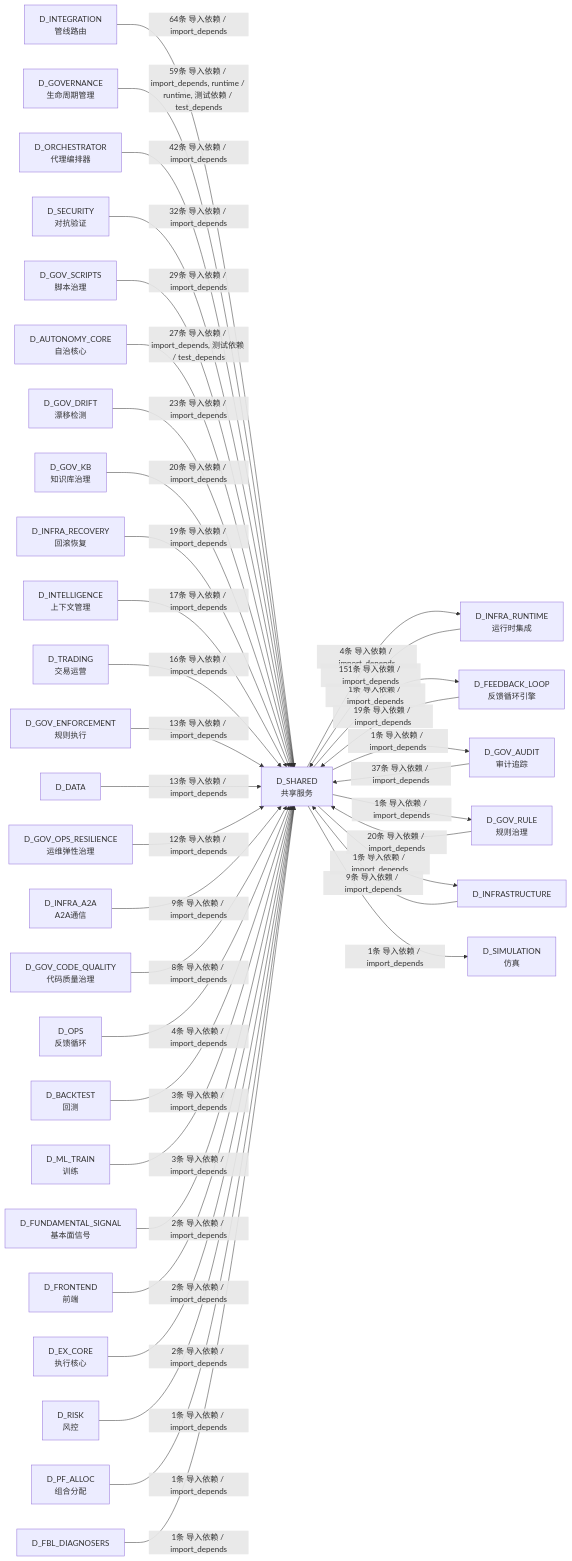
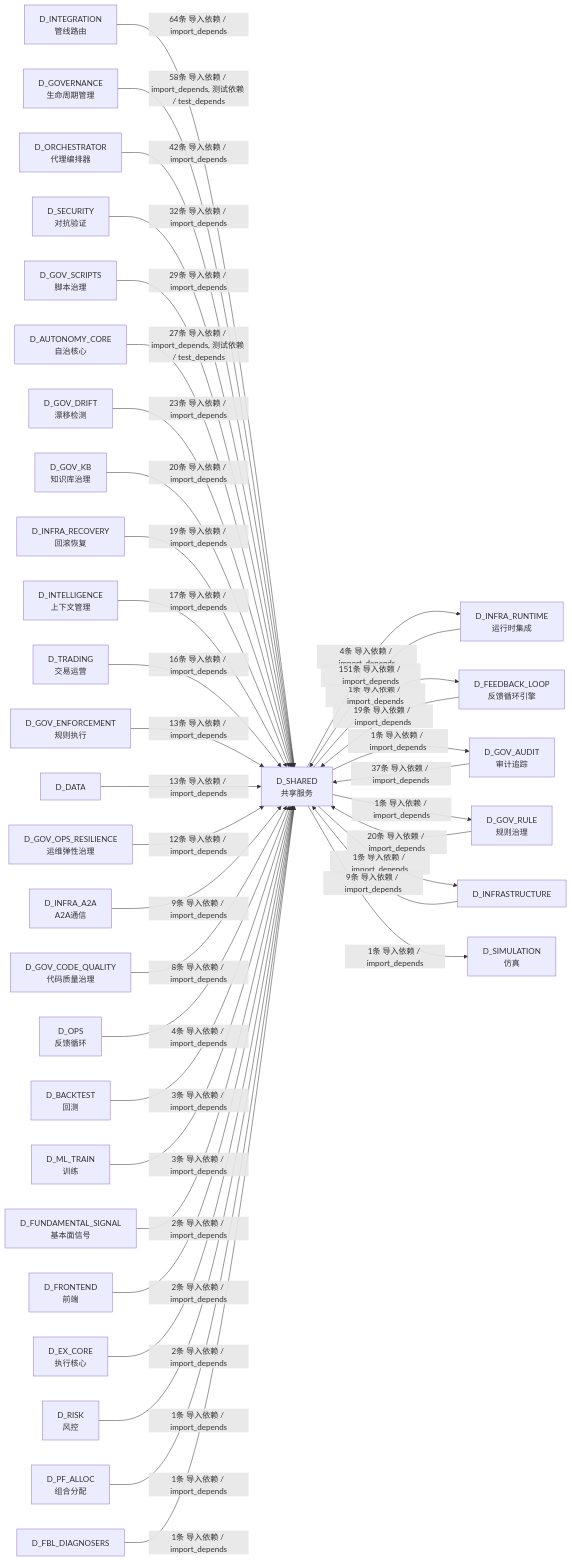
One commit to xuanFelixVan/ZephyrAlpha changed the tenth of 10 diagrams in docs/02_enterprise_architecture/02_domain_architecture_docs/26_d_shared.md. Above: the diagram before and after it, drawn with Mermaid. The commit also changed other lines of this file and 97 other files, not shown here.

````diff
--- a/docs/02_enterprise_architecture/02_domain_architecture_docs/26_d_shared.md
+++ b/docs/02_enterprise_architecture/02_domain_architecture_docs/26_d_shared.md
@@ -1750,71 +1751,71 @@
 ```mermaid
 graph LR
     D_SHARED["D_SHARED<br/>共享服务"]
     D_INFRA_RUNTIME["D_INFRA_RUNTIME<br/>运行时集成"]
     D_FEEDBACK_LOOP["D_FEEDBACK_LOOP<br/>反馈循环引擎"]
     D_GOV_AUDIT["D_GOV_AUDIT<br/>审计追踪"]
     D_GOV_RULE["D_GOV_RULE<br/>规则治理"]
     D_INFRASTRUCTURE["D_INFRASTRUCTURE"]
     D_SIMULATION["D_SIMULATION<br/>仿真"]
     D_INTEGRATION["D_INTEGRATION<br/>管线路由"]
     D_GOVERNANCE["D_GOVERNANCE<br/>生命周期管理"]
     D_ORCHESTRATOR["D_ORCHESTRATOR<br/>代理编排器"]
     D_SECURITY["D_SECURITY<br/>对抗验证"]
     D_GOV_SCRIPTS["D_GOV_SCRIPTS<br/>脚本治理"]
     D_AUTONOMY_CORE["D_AUTONOMY_CORE<br/>自治核心"]
     D_GOV_DRIFT["D_GOV_DRIFT<br/>漂移检测"]
     D_GOV_KB["D_GOV_KB<br/>知识库治理"]
     D_INFRA_RECOVERY["D_INFRA_RECOVERY<br/>回滚恢复"]
     D_INTELLIGENCE["D_INTELLIGENCE<br/>上下文管理"]
     D_TRADING["D_TRADING<br/>交易运营"]
     D_GOV_ENFORCEMENT["D_GOV_ENFORCEMENT<br/>规则执行"]
     D_DATA["D_DATA"]
     D_GOV_OPS_RESILIENCE["D_GOV_OPS_RESILIENCE<br/>运维弹性治理"]
     D_INFRA_A2A["D_INFRA_A2A<br/>A2A通信"]
     D_GOV_CODE_QUALITY["D_GOV_CODE_QUALITY<br/>代码质量治理"]
     D_OPS["D_OPS<br/>反馈循环"]
     D_BACKTEST["D_BACKTEST<br/>回测"]
     D_ML_TRAIN["D_ML_TRAIN<br/>训练"]
     D_FUNDAMENTAL_SIGNAL["D_FUNDAMENTAL_SIGNAL<br/>基本面信号"]
     D_FRONTEND["D_FRONTEND<br/>前端"]
     D_EX_CORE["D_EX_CORE<br/>执行核心"]
     D_RISK["D_RISK<br/>风控"]
     D_PF_ALLOC["D_PF_ALLOC<br/>组合分配"]
     D_FBL_DIAGNOSERS["D_FBL_DIAGNOSERS"]
     D_SHARED -->|4条 导入依赖 / import_depends| D_INFRA_RUNTIME
     D_SHARED -->|1条 导入依赖 / import_depends| D_FEEDBACK_LOOP
     D_SHARED -->|1条 导入依赖 / import_depends| D_GOV_AUDIT
     D_SHARED -->|1条 导入依赖 / import_depends| D_GOV_RULE
     D_SHARED -->|1条 导入依赖 / import_depends| D_INFRASTRUCTURE
     D_SHARED -->|1条 导入依赖 / import_depends| D_SIMULATION
     D_INFRA_RUNTIME -->|151条 导入依赖 / import_depends| D_SHARED
     D_INTEGRATION -->|64条 导入依赖 / import_depends| D_SHARED
-    D_GOVERNANCE -->|59条 导入依赖 / import_depends, runtime / runtime, 测试依赖 / test_depends| D_SHARED
+    D_GOVERNANCE -->|58条 导入依赖 / import_depends, 测试依赖 / test_depends| D_SHARED
     D_ORCHESTRATOR -->|42条 导入依赖 / import_depends| D_SHARED
     D_GOV_AUDIT -->|37条 导入依赖 / import_depends| D_SHARED
     D_SECURITY -->|32条 导入依赖 / import_depends| D_SHARED
     D_GOV_SCRIPTS -->|29条 导入依赖 / import_depends| D_SHARED
     D_AUTONOMY_CORE -->|27条 导入依赖 / import_depends, 测试依赖 / test_depends| D_SHARED
     D_GOV_DRIFT -->|23条 导入依赖 / import_depends| D_SHARED
     D_GOV_RULE -->|20条 导入依赖 / import_depends| D_SHARED
     D_GOV_KB -->|20条 导入依赖 / import_depends| D_SHARED
     D_FEEDBACK_LOOP -->|19条 导入依赖 / import_depends| D_SHARED
     D_INFRA_RECOVERY -->|19条 导入依赖 / import_depends| D_SHARED
     D_INTELLIGENCE -->|17条 导入依赖 / import_depends| D_SHARED
     D_TRADING -->|16条 导入依赖 / import_depends| D_SHARED
     D_GOV_ENFORCEMENT -->|13条 导入依赖 / import_depends| D_SHARED
     D_DATA -->|13条 导入依赖 / import_depends| D_SHARED
     D_GOV_OPS_RESILIENCE -->|12条 导入依赖 / import_depends| D_SHARED
     D_INFRASTRUCTURE -->|9条 导入依赖 / import_depends| D_SHARED
     D_INFRA_A2A -->|9条 导入依赖 / import_depends| D_SHARED
     D_GOV_CODE_QUALITY -->|8条 导入依赖 / import_depends| D_SHARED
     D_OPS -->|4条 导入依赖 / import_depends| D_SHARED
     D_BACKTEST -->|3条 导入依赖 / import_depends| D_SHARED
     D_ML_TRAIN -->|3条 导入依赖 / import_depends| D_SHARED
     D_FUNDAMENTAL_SIGNAL -->|2条 导入依赖 / import_depends| D_SHARED
     D_FRONTEND -->|2条 导入依赖 / import_depends| D_SHARED
     D_EX_CORE -->|2条 导入依赖 / import_depends| D_SHARED
     D_RISK -->|1条 导入依赖 / import_depends| D_SHARED
     D_PF_ALLOC -->|1条 导入依赖 / import_depends| D_SHARED
     D_FBL_DIAGNOSERS -->|1条 导入依赖 / import_depends| D_SHARED
 ```
````
